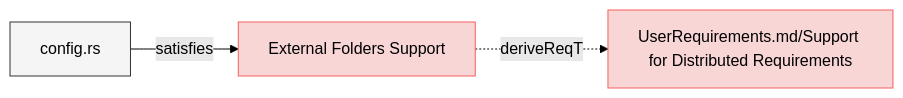
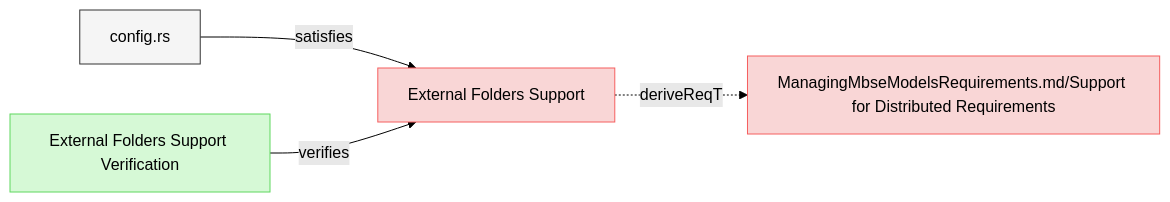
The second of 8 diagrams in specifications/SystemRequirements/Requirements.md (reqvire-org/reqvire), drawn with Mermaid (forest theme) before and after one commit. The commit also changed other lines of this file and 11 other files, not shown here.

````diff
--- a/specifications/SystemRequirements/Requirements.md
+++ b/specifications/SystemRequirements/Requirements.md
@@ -217,19 +196,24 @@
 ```mermaid
 graph LR;
   %% Graph styling
   classDef requirement fill:#f9d6d6,stroke:#f55f5f,stroke-width:1px;
   classDef verification fill:#d6f9d6,stroke:#5fd75f,stroke-width:1px;
   classDef externalLink fill:#d0e0ff,stroke:#3080ff,stroke-width:1px;
   classDef default fill:#f5f5f5,stroke:#333333,stroke-width:1px;
+
   d38ab4ad13["External Folders Support"];
   click d38ab4ad13 "Requirements.md#external-folders-support";
   class d38ab4ad13 requirement;
-  fc49f77257["UserRequirements.md/Support for Distributed Requirements"];
-  class fc49f77257 requirement;
-  click fc49f77257 "../UserRequirements.md#support-for-distributed-requirements";
-  d38ab4ad13 -.->|deriveReqT| fc49f77257;
+  e7286123b1["ManagingMbseModelsRequirements.md/Support for Distributed Requirements"];
+  class e7286123b1 requirement;
+  click e7286123b1 "../ManagingMbseModelsRequirements.md#support-for-distributed-requirements";
+  d38ab4ad13 -.->|deriveReqT| e7286123b1;
   5adb6eb451["config.rs"];
   class 5adb6eb451 default;
   click 5adb6eb451 "../../src/config.rs";
   5adb6eb451 -->|satisfies| d38ab4ad13;
+  97e9fdec98["External Folders Support Verification"];
+  class 97e9fdec98 verification;
+  click 97e9fdec98 "../Verifications/LintingTests.md#external-folders-support-verification";
+  97e9fdec98 -->|verifies| d38ab4ad13;
 ```
````
